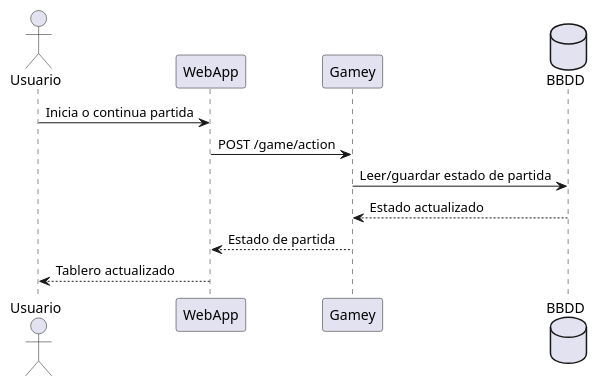
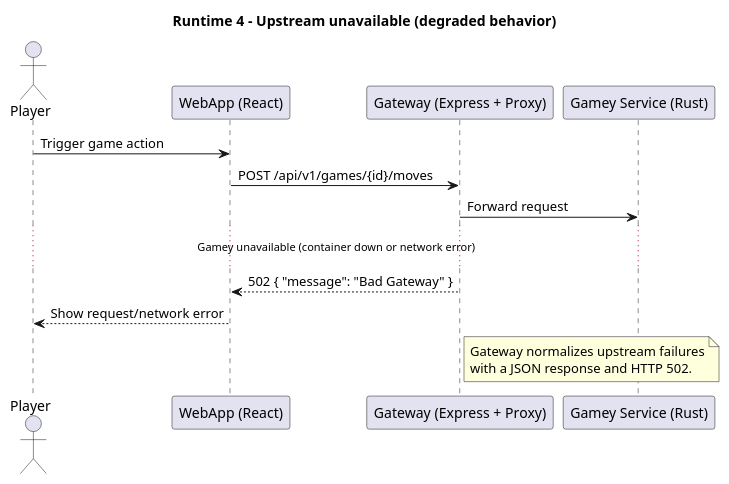
Before and after one commit to Arquisoft/yovi_es4b: the fourth of 4 diagrams in docs/src/06_runtime_view.adoc, drawn with PlantUML. The commit also changed other lines of this file and 1 other file, not shown here.

Commit message:
docs(arc42): align sections 4, 5 and 6 with current architecture

```diff
--- a/docs/src/06_runtime_view.adoc
+++ b/docs/src/06_runtime_view.adoc
@@ -65,14 +204,23 @@
-[plantuml,"runtime-play-game",png]
+[plantuml,"runtime-gateway-502",png]
 ----
-actor Usuario
-participant WebApp
-participant Gamey
-database BBDD
+@startuml
+title Runtime 4 - Upstream unavailable (degraded behavior)
 
-Usuario -> WebApp: Inicia o continua partida
-WebApp -> Gamey: POST /game/action
-Gamey -> BBDD: Leer/guardar estado de partida
-BBDD --> Gamey: Estado actualizado
-Gamey --> WebApp: Estado de partida
-WebApp --> Usuario: Tablero actualizado
+actor Player
+participant "WebApp (React)" as WebApp
+participant "Gateway (Express + Proxy)" as Gateway
+participant "Gamey Service (Rust)" as Gamey
+
+Player -> WebApp: Trigger game action
+WebApp -> Gateway: POST /api/v1/games/{id}/moves
+Gateway -> Gamey: Forward request
+... Gamey unavailable (container down or network error) ...
+Gateway --> WebApp: 502 { "message": "Bad Gateway" }
+WebApp --> Player: Show request/network error
+
+note right of Gateway
+Gateway normalizes upstream failures
+with a JSON response and HTTP 502.
+end note
+@enduml
 ----
```
